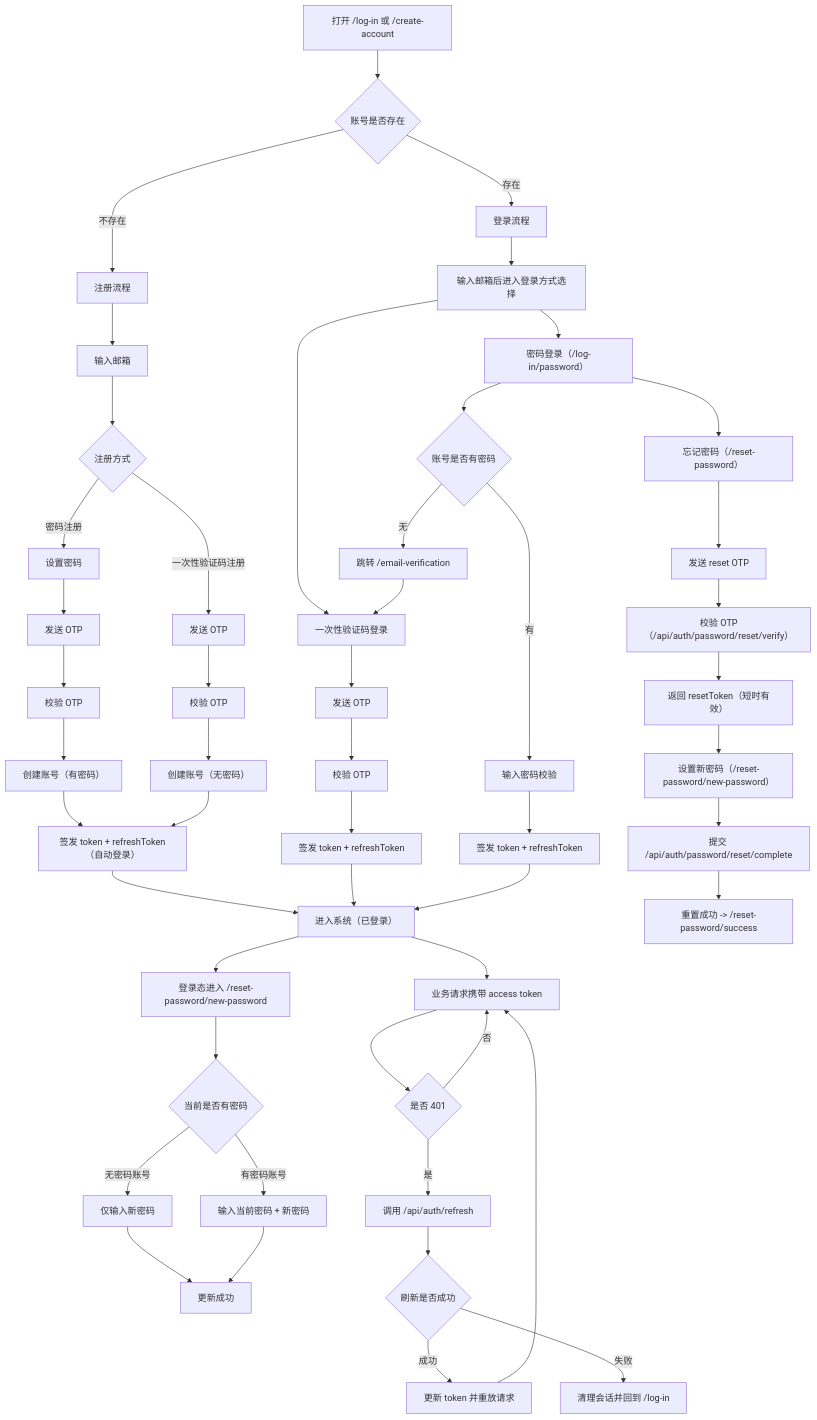
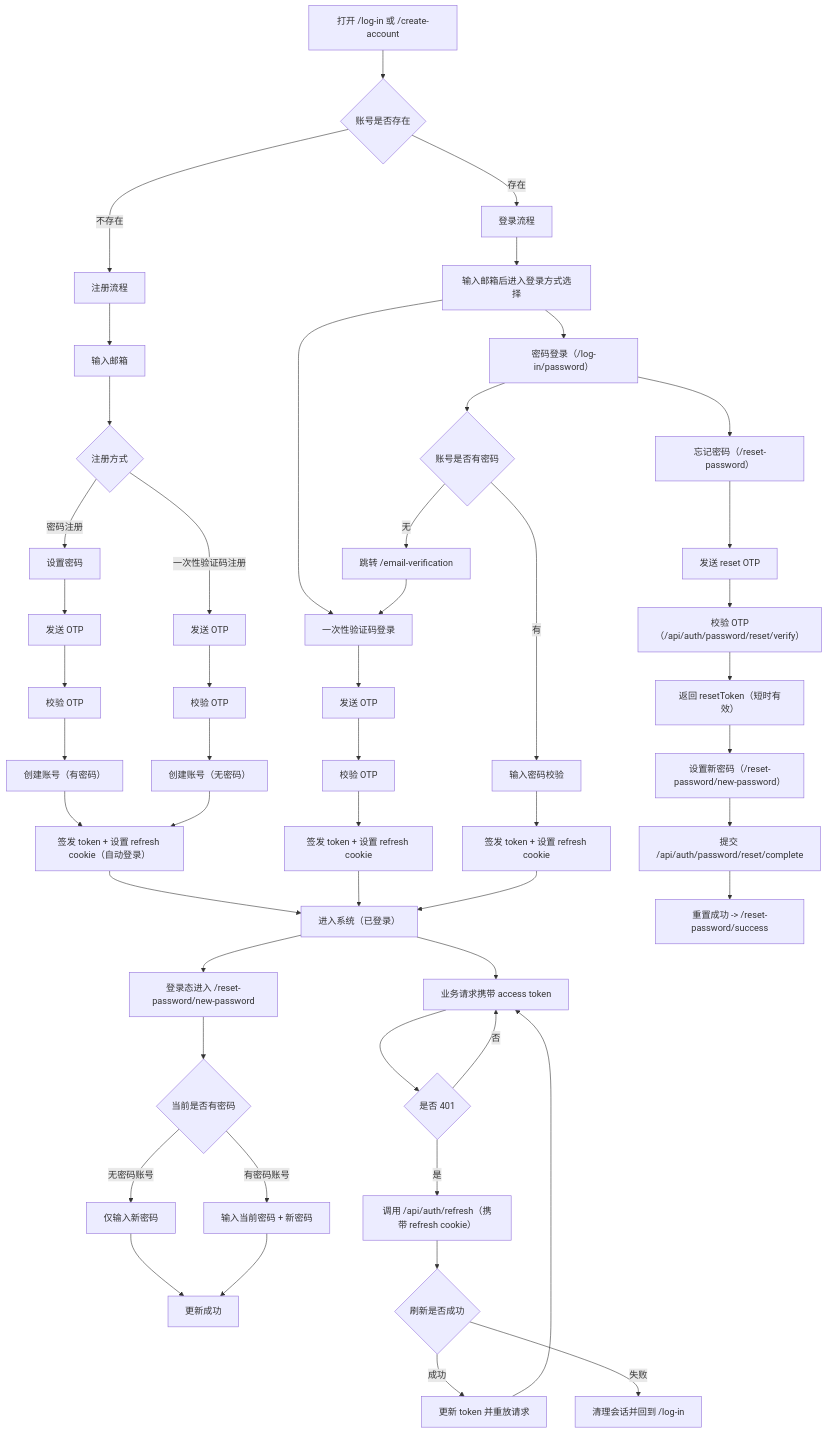
The diagram in docs/backend/auth_account_flow.md (jacl-coder/OneBook-AI), drawn with Mermaid before and after one commit. The commit also changed other lines of this file and 18 other files, not shown here.

````diff
--- a/docs/backend/auth_account_flow.md
+++ b/docs/backend/auth_account_flow.md
@@ -32,62 +32,62 @@
 ```mermaid
 flowchart TD
   A["打开 /log-in 或 /create-account"] --> B{"账号是否存在"}
 
   B -->|不存在| R1["注册流程"]
   B -->|存在| L1["登录流程"]
 
   R1 --> R2["输入邮箱"]
   R2 --> R3{"注册方式"}
 
   R3 -->|密码注册| R4["设置密码"]
   R4 --> R5["发送 OTP"]
   R5 --> R6["校验 OTP"]
   R6 --> R7["创建账号（有密码）"]
-  R7 --> R8["签发 token + refreshToken（自动登录）"]
+  R7 --> R8["签发 token + 设置 refresh cookie（自动登录）"]
   R8 --> HOME["进入系统（已登录）"]
 
   R3 -->|一次性验证码注册| R9["发送 OTP"]
   R9 --> R10["校验 OTP"]
   R10 --> R11["创建账号（无密码）"]
   R11 --> R8
 
   L1 --> L2["输入邮箱后进入登录方式选择"]
   L2 --> L3["一次性验证码登录"]
   L2 --> L4["密码登录（/log-in/password）"]
 
   L3 --> L3a["发送 OTP"]
   L3a --> L3b["校验 OTP"]
-  L3b --> L3c["签发 token + refreshToken"]
+  L3b --> L3c["签发 token + 设置 refresh cookie"]
   L3c --> HOME
 
   L4 --> L4a{"账号是否有密码"}
   L4a -->|有| L4b["输入密码校验"]
-  L4b --> L4c["签发 token + refreshToken"]
+  L4b --> L4c["签发 token + 设置 refresh cookie"]
   L4c --> HOME
   L4a -->|无| L4d["跳转 /email-verification"]
   L4d --> L3
 
   L4 --> F1["忘记密码（/reset-password）"]
   F1 --> F2["发送 reset OTP"]
   F2 --> F3["校验 OTP（/api/auth/password/reset/verify）"]
   F3 --> F4["返回 resetToken（短时有效）"]
   F4 --> F5["设置新密码（/reset-password/new-password）"]
   F5 --> F6["提交 /api/auth/password/reset/complete"]
   F6 --> F7["重置成功 -> /reset-password/success"]
 
   HOME --> P1["登录态进入 /reset-password/new-password"]
   P1 --> P2{"当前是否有密码"}
   P2 -->|无密码账号| P3["仅输入新密码"]
   P2 -->|有密码账号| P4["输入当前密码 + 新密码"]
   P3 --> P5["更新成功"]
   P4 --> P5["更新成功"]
 
   HOME --> T1["业务请求携带 access token"]
   T1 --> T2{"是否 401"}
   T2 -->|否| T1
-  T2 -->|是| T3["调用 /api/auth/refresh"]
+  T2 -->|是| T3["调用 /api/auth/refresh（携带 refresh cookie）"]
   T3 --> T4{"刷新是否成功"}
   T4 -->|成功| T5["更新 token 并重放请求"]
   T5 --> T1
   T4 -->|失败| T6["清理会话并回到 /log-in"]
 ```
````
